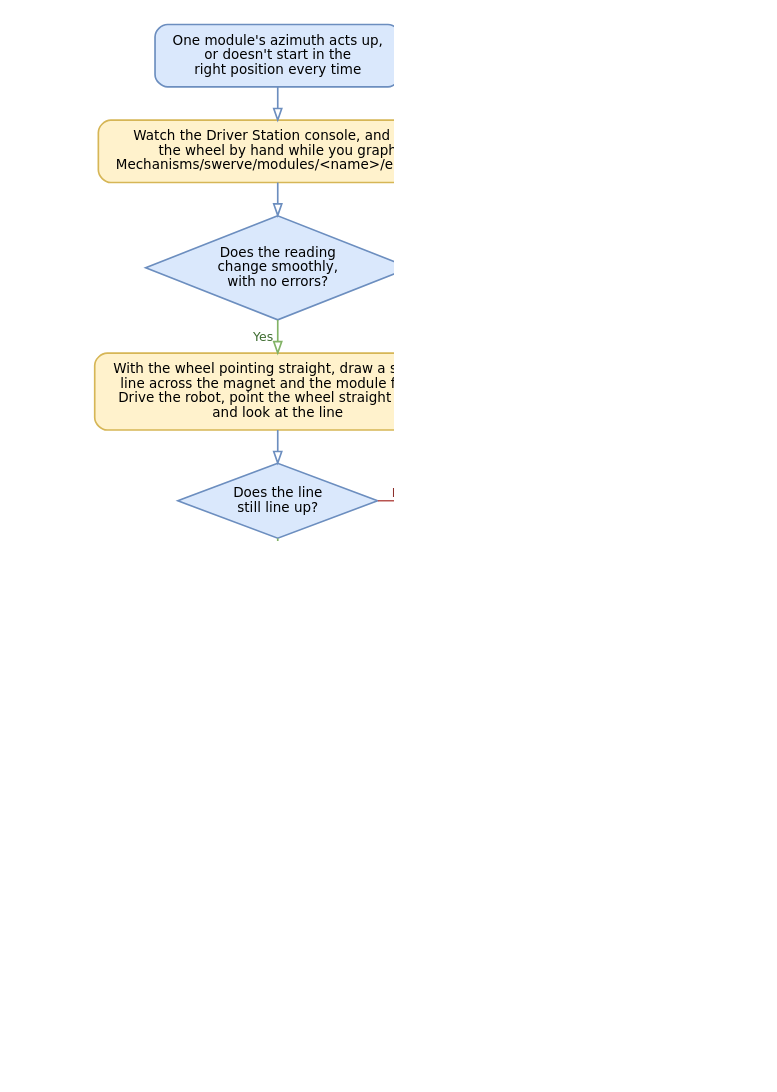
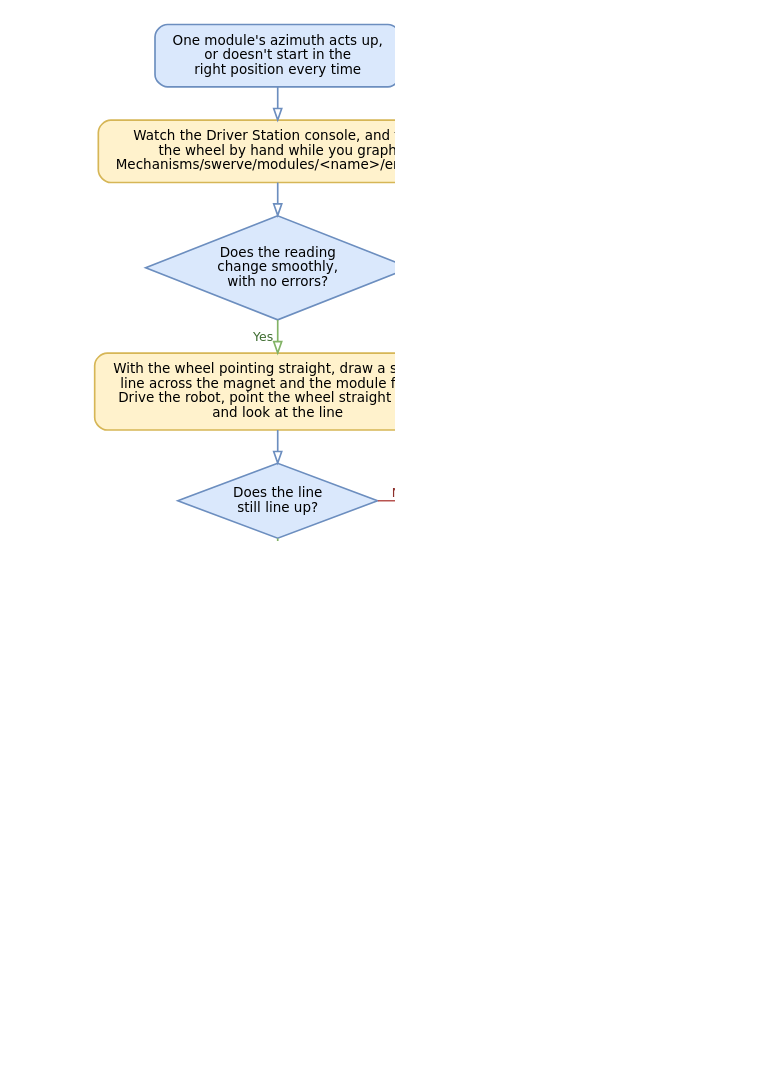
The diagram in .gitbook/assets/yagsl-flowchart-azimuth.dot (Yet-Another-Software-Suite/YAGSL-gitbook), drawn with Graphviz before and after one commit. The commit also changed 3 other files, not shown here.

Commit message:
Spot a dying motor by comparing its stator current with the other modules'

```diff
--- a/.gitbook/assets/yagsl-flowchart-azimuth.dot
+++ b/.gitbook/assets/yagsl-flowchart-azimuth.dot
@@ -1,43 +1,50 @@
 digraph G {
   graph [rankdir=TB, nodesep=0.5, ranksep=0.45, pad=0.3, bgcolor="white", dpi=150, splines=ortho];
   node  [fontname="DejaVu Sans", fontsize=13, margin="0.2,0.12", penwidth=1.6];
   edge  [fontname="DejaVu Sans", fontsize=12, penwidth=1.6, arrowhead=onormal, arrowsize=1.1];
   graph [nodesep=1.1];
   s [label="One module's azimuth acts up,\nor doesn't start in the\nright position every time", shape=box, style="rounded,filled", fillcolor="#dae8fc", color="#6c8ebf"];
   h1 [label="Watch the Driver Station console, and turn\nthe wheel by hand while you graph\nMechanisms/swerve/modules/<name>/encoder", shape=box, style="rounded,filled", fillcolor="#fff2cc", color="#d6b656"];
   q1 [label="Does the reading\nchange smoothly,\nwith no errors?", shape=diamond, style=filled, fillcolor="#dae8fc", color="#6c8ebf", margin="0.05,0.05"];
   f1 [label="The absolute encoder is\ndisconnected: reseat or replace\nits cable, and check its CAN ID,\npower and status light", shape=box, style="rounded,filled", fillcolor="#f8cecc", color="#b85450"];
   {rank=same; q1; f1;}
   s -> h1 [color="#6c8ebf", weight=10];
   h1 -> q1 [color="#6c8ebf", weight=10];
   q1 -> f1 [xlabel=" No ", color="#b85450", fontcolor="#8c2f2b"];
   q1 -> h2 [xlabel=" Yes ", color="#82b366", fontcolor="#3d6b2f", weight=10];
   h2 [label="With the wheel pointing straight, draw a straight
 line across the magnet and the module frame.
 Drive the robot, point the wheel straight again,
 and look at the line", shape=box, style="rounded,filled", fillcolor="#fff2cc", color="#d6b656"];
   q2 [label="Does the line
 still line up?", shape=diamond, style=filled, fillcolor="#dae8fc", color="#6c8ebf", margin="0.05,0.05"];
   f2 [label="The magnet slipped: glue or
 loctite it in, then record the
 absolute encoder offset again", shape=box, style="rounded,filled", fillcolor="#f8cecc", color="#b85450"];
   {rank=same; q2; f2;}
   h2 -> q2 [color="#6c8ebf", weight=10];
   q2 -> f2 [xlabel=" No ", color="#b85450", fontcolor="#8c2f2b"];
   q2 -> h3 [xlabel=" Yes ", color="#82b366", fontcolor="#3d6b2f", weight=10];
   h3 [label="Graph the motor position,\nMechanisms/swerve/modules/<name>/azimuth/mechanism/position,\nwith the absolute encoder, and turn the wheel by hand", shape=box, style="rounded,filled", fillcolor="#fff2cc", color="#d6b656"];
   q3 [label="Do the lines stay\non top of each other?", shape=diamond, style=filled, fillcolor="#dae8fc", color="#6c8ebf", margin="0.05,0.05"];
   f3 [label="The gearing is wrong: set\nthe angle gear ratio for your\nmodule and its configuration", shape=box, style="rounded,filled", fillcolor="#f8cecc", color="#b85450"];
   {rank=same; q3; f3;}
   h3 -> q3 [color="#6c8ebf", weight=10];
   q3 -> f3 [xlabel=" No ", color="#b85450", fontcolor="#8c2f2b"];
   q3 -> h4 [xlabel=" Yes ", color="#82b366", fontcolor="#3d6b2f", weight=10];
-  h4 [label="Turn the wheel by hand, then compare\nthe azimuth motor's current with\nthe other modules' on the same gains", shape=box, style="rounded,filled", fillcolor="#fff2cc", color="#d6b656"];
-  q4 [label="Does it turn freely,\nand draw about the\nsame current?", shape=diamond, style=filled, fillcolor="#dae8fc", color="#6c8ebf", margin="0.05,0.05"];
-  f4 [label="The motor is dying or the module\nbinds: clean and grease it, then swap\nthe motor with another module's.\nIf the problem follows, replace it", shape=box, style="rounded,filled", fillcolor="#f8cecc", color="#b85450"];
+  h4 [label="While the modules turn, graph every
+module's azimuth stator current,
+Mechanisms/swerve/modules/<name>/azimuth/current/stator", shape=box, style="rounded,filled", fillcolor="#fff2cc", color="#d6b656"];
+  q4 [label="Does this motor need
+about the same current
+as the others to move?", shape=diamond, style=filled, fillcolor="#dae8fc", color="#6c8ebf", margin="0.05,0.05"];
+  f4 [label="It's dying, or the module binds.
+Turn the wheel by hand: if it turns
+freely, replace the motor. If not,
+clean and grease the module", shape=box, style="rounded,filled", fillcolor="#f8cecc", color="#b85450"];
   {rank=same; q4; f4;}
   h4 -> q4 [color="#6c8ebf", weight=10];
   q4 -> f4 [xlabel=" No ", color="#b85450", fontcolor="#8c2f2b"];
   q4 -> d [xlabel=" Yes ", color="#82b366", fontcolor="#3d6b2f", weight=10];
   d [label="The module is built incorrectly. Turn the wheel\nexactly one turn by hand: the absolute encoder\nshould read one turn too. Compare it with another\nmodule part by part, and rebuild it by the\nmanufacturer's guide", shape=box, style="rounded,filled", fillcolor="#f8cecc", color="#b85450"];
 }
```
